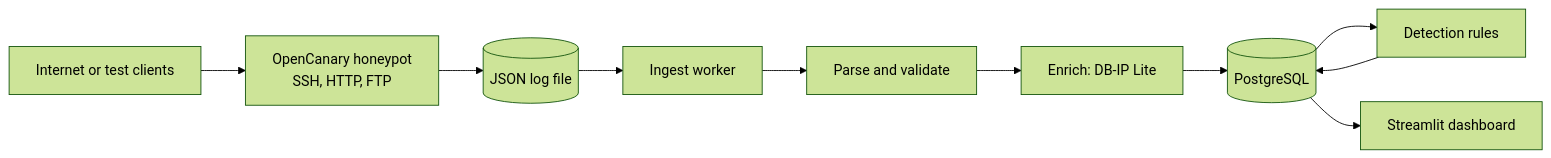
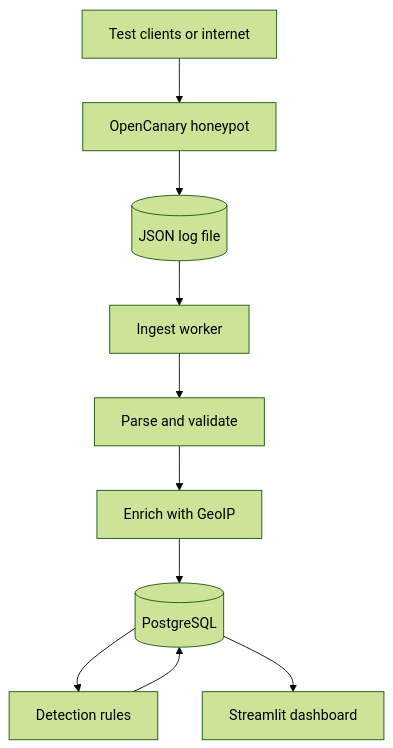
One commit to FCortezSecurity/honeymap changed the diagram in README.md. Above: the diagram before and after it, drawn with Mermaid (forest theme).

Commit message:
Make architecture diagram readable on GitHub

````diff
--- a/README.md
+++ b/README.md
@@ -36,12 +36,12 @@
 ```mermaid
-flowchart LR
-    A[Internet or test clients] --> B[OpenCanary honeypot<br/>SSH, HTTP, FTP]
+flowchart TD
+    A[Test clients or internet] --> B[OpenCanary honeypot]
     B --> C[(JSON log file)]
     C --> D[Ingest worker]
     D --> E[Parse and validate]
-    E --> F[Enrich: DB-IP Lite]
+    E --> F[Enrich with GeoIP]
     F --> G[(PostgreSQL)]
     G --> H[Detection rules]
     H --> G
     G --> I[Streamlit dashboard]
 ```
````
